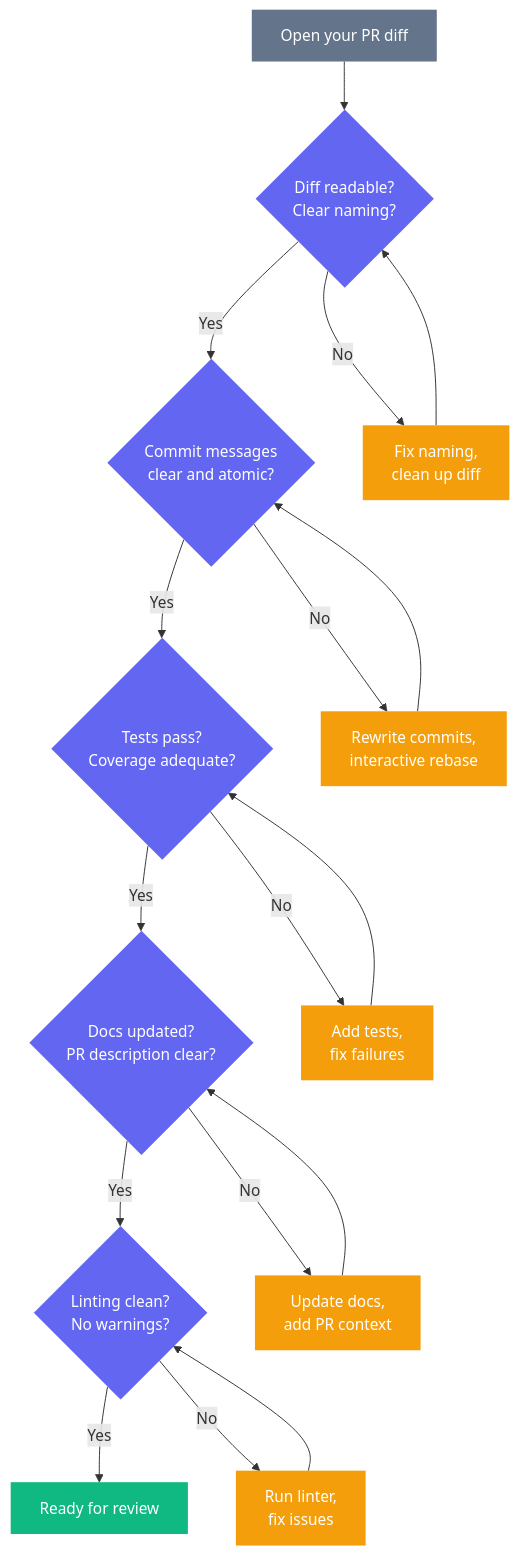
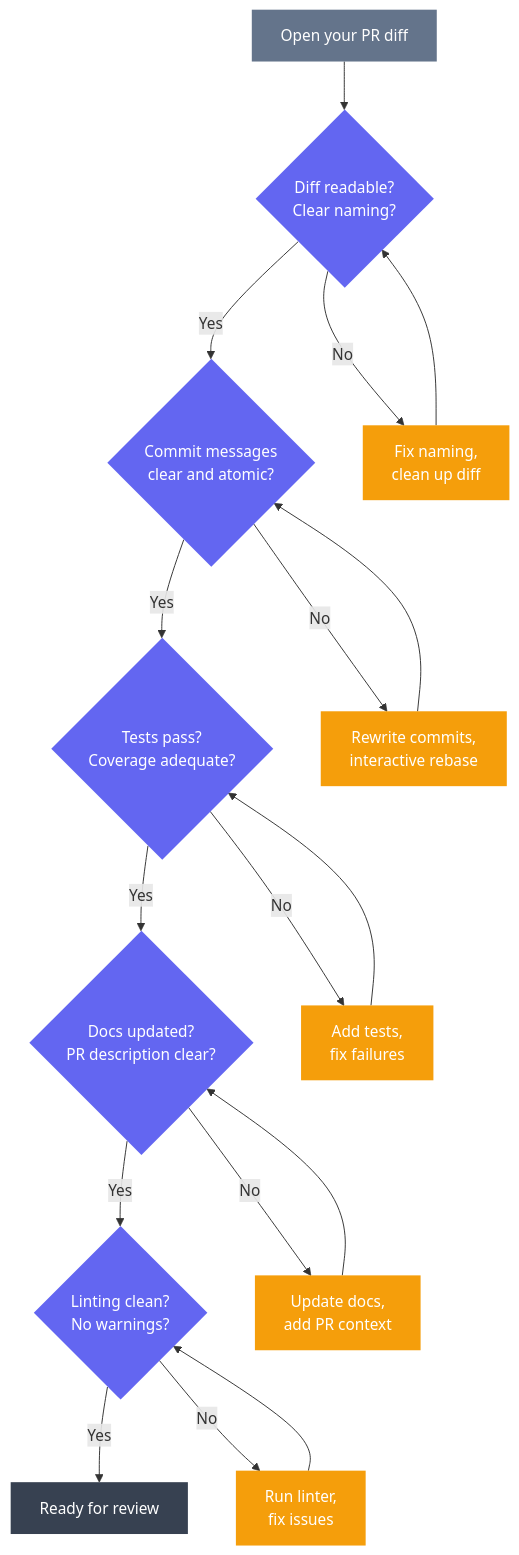
One commit to ashwingopalsamy/site changed the third of 3 diagrams in content/writing/review-your-own-pr-first.md. Above: the diagram before and after it, drawn with Mermaid. The commit also changed 26 other files, not shown here.

```diff
--- a/content/writing/review-your-own-pr-first.md
+++ b/content/writing/review-your-own-pr-first.md
@@ -124,31 +124,31 @@
 {{< mermaid >}}
 graph TD
     Start["Open your PR diff"] --> A{"Diff readable?\nClear naming?"}
     A -->|Yes| B{"Commit messages\nclear and atomic?"}
     A -->|No| A1["Fix naming,\nclean up diff"] --> A
 
     B -->|Yes| C{"Tests pass?\nCoverage adequate?"}
     B -->|No| B1["Rewrite commits,\ninteractive rebase"] --> B
 
     C -->|Yes| D{"Docs updated?\nPR description clear?"}
     C -->|No| C1["Add tests,\nfix failures"] --> C
 
     D -->|Yes| E{"Linting clean?\nNo warnings?"}
     D -->|No| D1["Update docs,\nadd PR context"] --> D
 
     E -->|Yes| F["Ready for review"]
     E -->|No| E1["Run linter,\nfix issues"] --> E
 
-    style F fill:#10b981,color:#fff,stroke:none
+    style F fill:#374151,color:#fff,stroke:none
     style Start fill:#64748b,color:#fff,stroke:none
     style A fill:#6366f1,color:#fff,stroke:none
     style B fill:#6366f1,color:#fff,stroke:none
     style C fill:#6366f1,color:#fff,stroke:none
     style D fill:#6366f1,color:#fff,stroke:none
     style E fill:#6366f1,color:#fff,stroke:none
     style A1 fill:#f59e0b,color:#fff,stroke:none
     style B1 fill:#f59e0b,color:#fff,stroke:none
     style C1 fill:#f59e0b,color:#fff,stroke:none
     style D1 fill:#f59e0b,color:#fff,stroke:none
     style E1 fill:#f59e0b,color:#fff,stroke:none
 {{< /mermaid >}}
```
